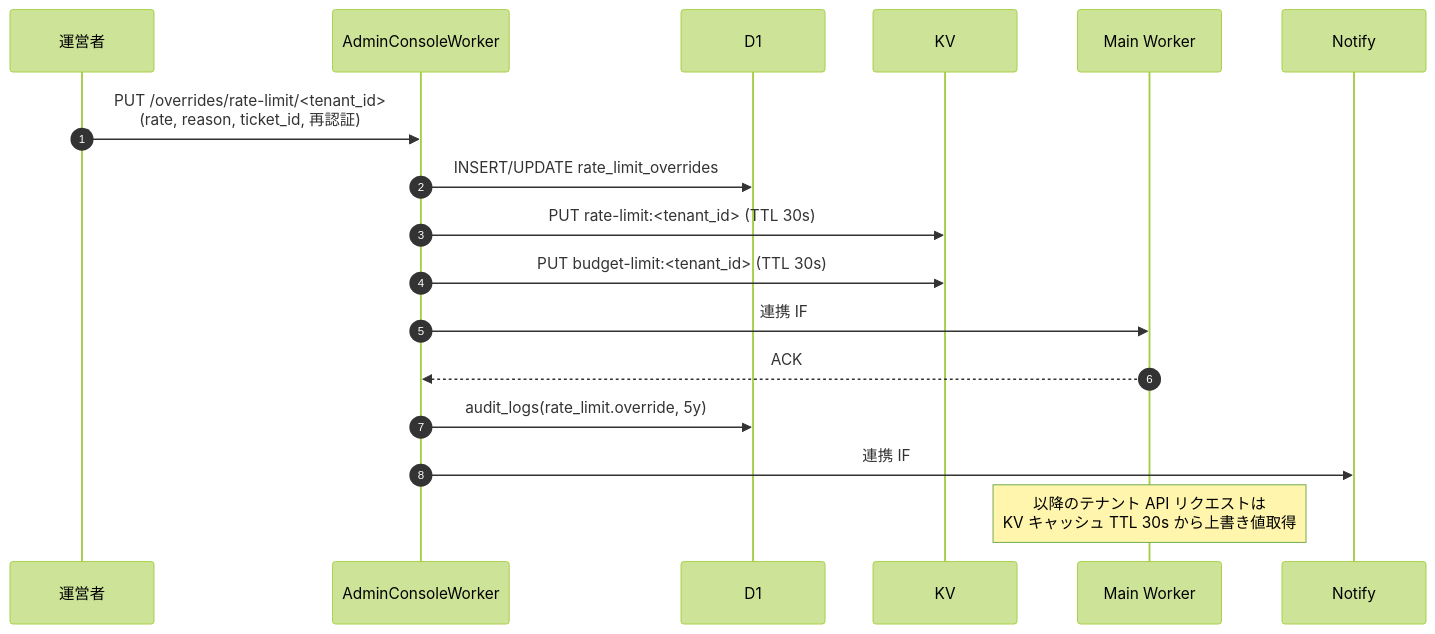
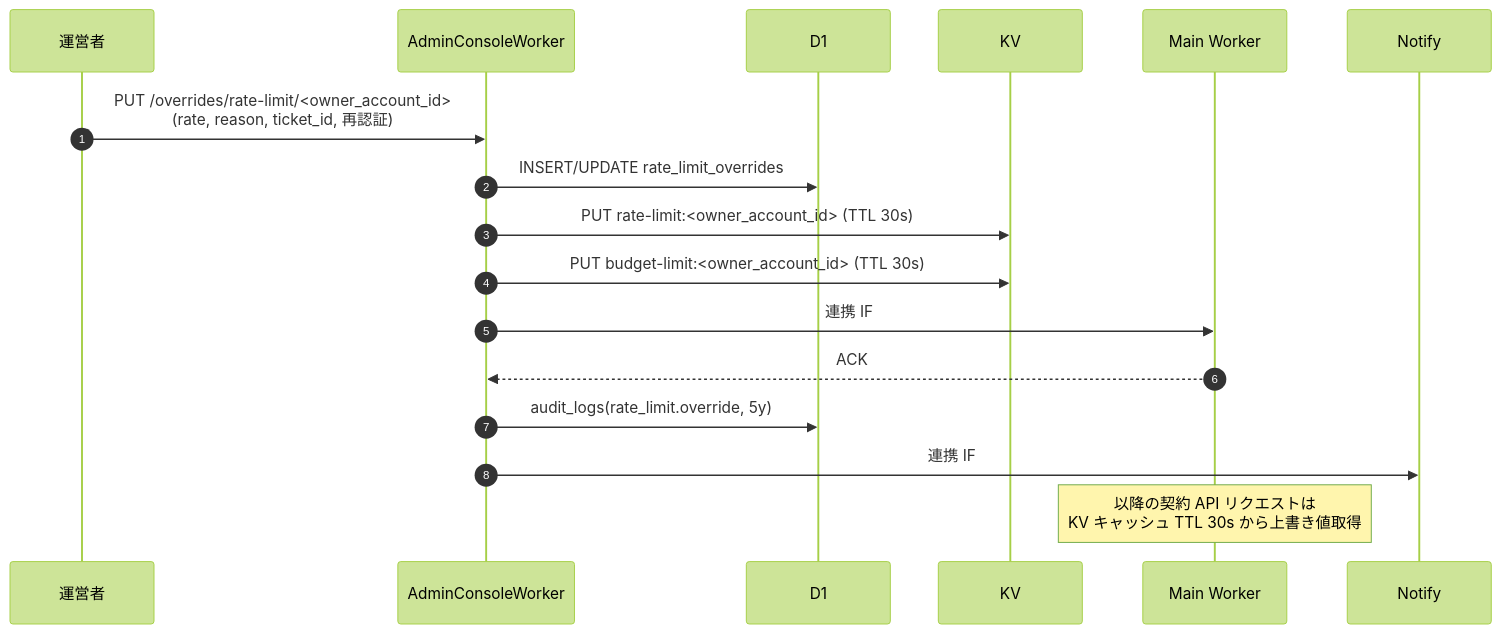
Diagram 20 of 25 in 02_admin/03_detailed_design.md (sikakou54/open-faq), drawn with Mermaid (forest theme) before and after one commit. The commit also changed other lines of this file and 22 other files, not shown here.

````diff
--- a/02_admin/03_detailed_design.md
+++ b/02_admin/03_detailed_design.md
@@ -1853,21 +1853,21 @@
 ```mermaid
 sequenceDiagram
     autonumber
     participant Op as 運営者
     participant Worker as AdminConsoleWorker
     participant D1
     participant KV
     participant Main as Main Worker
     participant Notify
 
-    Op->>Worker: PUT /overrides/rate-limit/<tenant_id><br/>(rate, reason, ticket_id, 再認証)
+    Op->>Worker: PUT /overrides/rate-limit/<owner_account_id><br/>(rate, reason, ticket_id, 再認証)
     Worker->>D1: INSERT/UPDATE rate_limit_overrides
-    Worker->>KV: PUT rate-limit:<tenant_id> (TTL 30s)
-    Worker->>KV: PUT budget-limit:<tenant_id> (TTL 30s)
+    Worker->>KV: PUT rate-limit:<owner_account_id> (TTL 30s)
+    Worker->>KV: PUT budget-limit:<owner_account_id> (TTL 30s)
     Worker->>Main: 連携 IF #5 同期 (mTLS+JWT)
     Main-->>Worker: ACK
     Worker->>D1: audit_logs(rate_limit.override, 5y)
     Worker->>Notify: 連携 IF #12 管理者ユーザー通知 (FR-211, 10 分集約)
 
-    Note over Main: 以降のテナント API リクエストは<br/>KV キャッシュ TTL 30s から上書き値取得
+    Note over Main: 以降の契約 API リクエストは<br/>KV キャッシュ TTL 30s から上書き値取得
 ```
````
